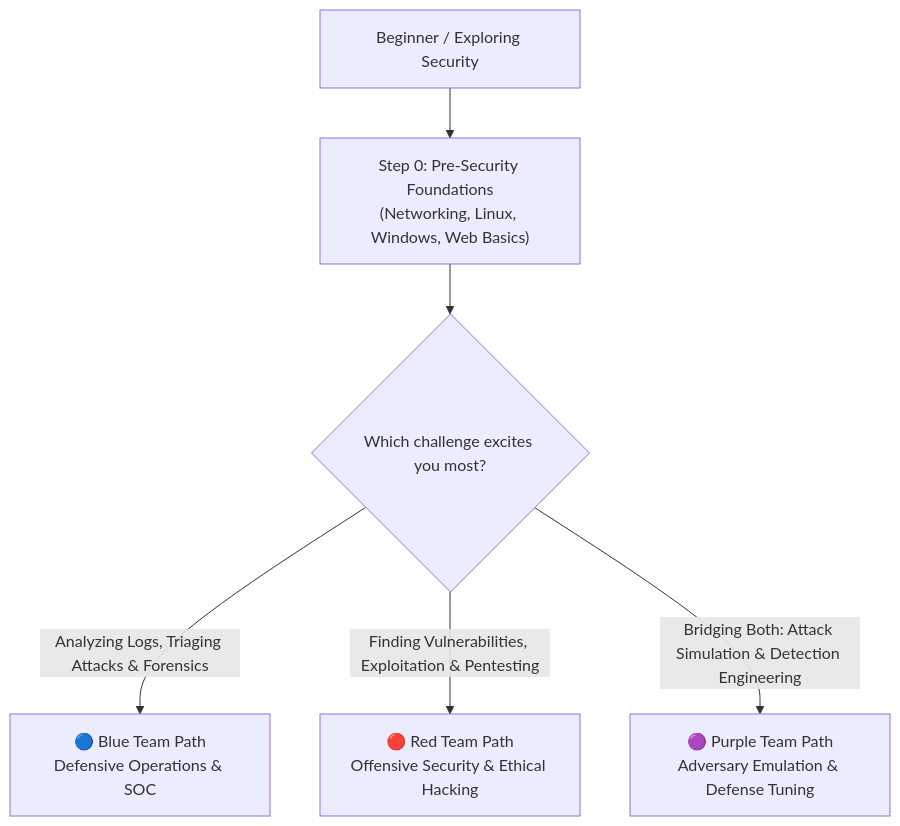
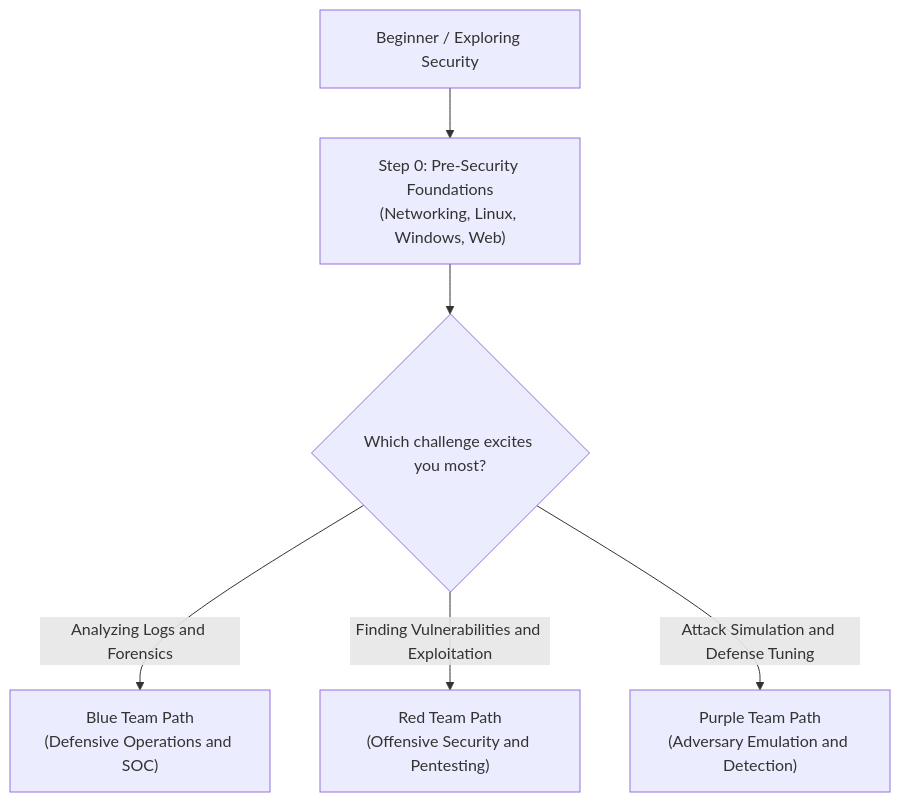
One commit to Pi25sh/cybersecurity_roadmap changed the first of 2 diagrams in README.md. Above: the diagram before and after it, drawn with Mermaid. The commit also changed other lines of this file and 2 other files, not shown here.

Commit message:
fix: sanitize Mermaid diagrams for GitHub rich display rendering

````diff
--- a/README.md
+++ b/README.md
@@ -35,8 +35,8 @@
 ```mermaid
 flowchart TD
-    Start["Beginner / Exploring Security"] --> PreSec["Step 0: Pre-Security Foundations<br/>(Networking, Linux, Windows, Web Basics)"]
+    Start["Beginner / Exploring Security"] --> PreSec["Step 0: Pre-Security Foundations<br>(Networking, Linux, Windows, Web)"]
     PreSec --> Question{"Which challenge excites you most?"}
-    Question -->|"Analyzing Logs, Triaging Attacks & Forensics"| BlueTrack["🔵 Blue Team Path<br/>Defensive Operations & SOC"]
-    Question -->|"Finding Vulnerabilities, Exploitation & Pentesting"| RedTrack["🔴 Red Team Path<br/>Offensive Security & Ethical Hacking"]
-    Question -->|"Bridging Both: Attack Simulation & Detection Engineering"| PurpleTrack["🟣 Purple Team Path<br/>Adversary Emulation & Defense Tuning"]
+    Question -->|Analyzing Logs and Forensics| BlueTrack["Blue Team Path<br>(Defensive Operations and SOC)"]
+    Question -->|Finding Vulnerabilities and Exploitation| RedTrack["Red Team Path<br>(Offensive Security and Pentesting)"]
+    Question -->|Attack Simulation and Defense Tuning| PurpleTrack["Purple Team Path<br>(Adversary Emulation and Detection)"]
 ```
````
